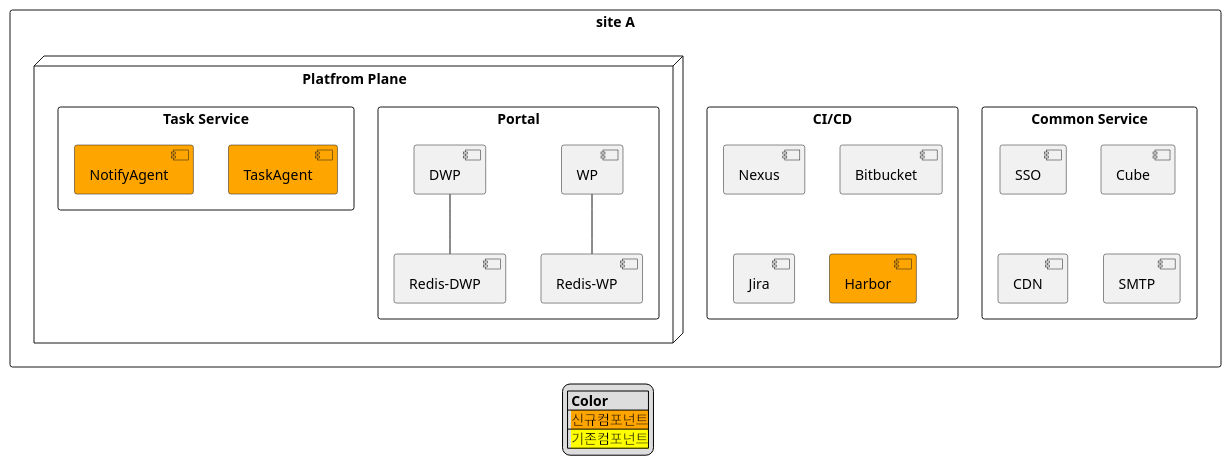
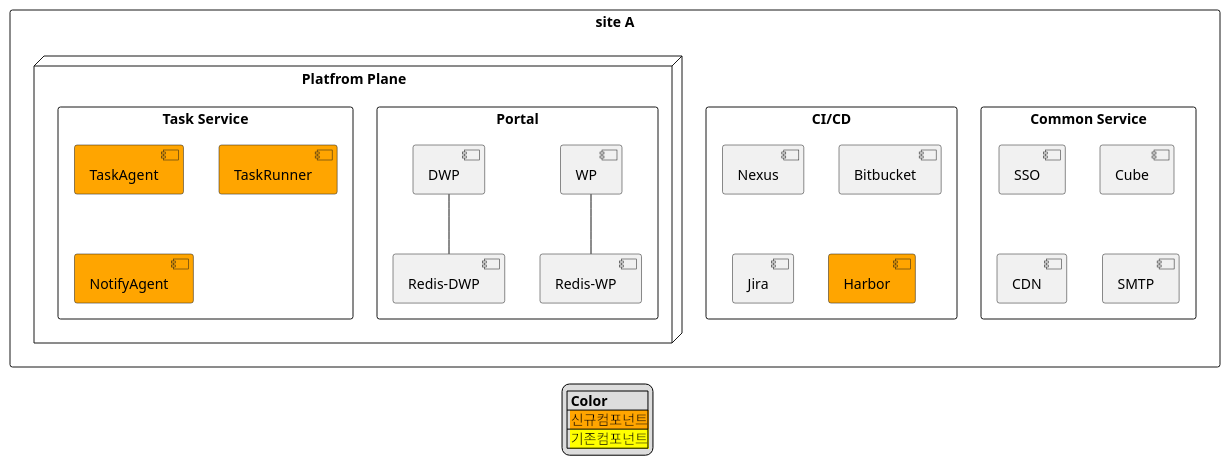
Before and after one commit to htdp1/am-arch: the first of 13 diagrams in docs/src/multi-cloud/diagram.md, drawn with PlantUML. The commit also changed other lines of this file, not shown here.

Commit message:
modify diagram 1411

```diff
--- a/docs/src/multi-cloud/diagram.md
+++ b/docs/src/multi-cloud/diagram.md
@@ -17,38 +17,39 @@
 @startuml
 
 legend
     |= Color |
     | <size:14><back:#Orange>신규컴포넌트</back></size>|
     | <size:14><back:#Yellow>기존컴포넌트</back></size>|
 endlegend
 
 rectangle "site A" as a {
     rectangle "Common Service" as a_comm {
         [SSO] as a_comm_sso
         [Cube] as a_comm_cube
         [CDN] as a_comm_cnd
         [SMTP] as a_comm_smtp
     }
     rectangle "CI/CD" as hcp_cicd {
         [Nexus] as hcp_cicd_nexus
         [Bitbucket] as hcp_cicd_bitbucket
         [Jira] as hcp_cicd_jira
         [Harbor] as hcp_cicd_harbor #orange
     }
     node "Platfrom Plane" as hcp {
         rectangle "Portal" as hcp_portal {
             [WP] as hcp_portal_wp
             [DWP] as hcp_portal_dwp
             [Redis-WP] as hcp_portal_rediswp
             [Redis-DWP] as hcp_portal_redisdwp
             hcp_portal_wp -- hcp_portal_rediswp
             hcp_portal_dwp -- hcp_portal_redisdwp
         }
         rectangle "Task Service" as hcp_agent {
             [TaskAgent] as hcp_agent_taskagent #orange
+            [TaskRunner] as hcp_agent_taskrunner #orange
             [NotifyAgent] as hcp_agent_notifyagent #orange
         }
     }
 }
 
 @enduml
```
